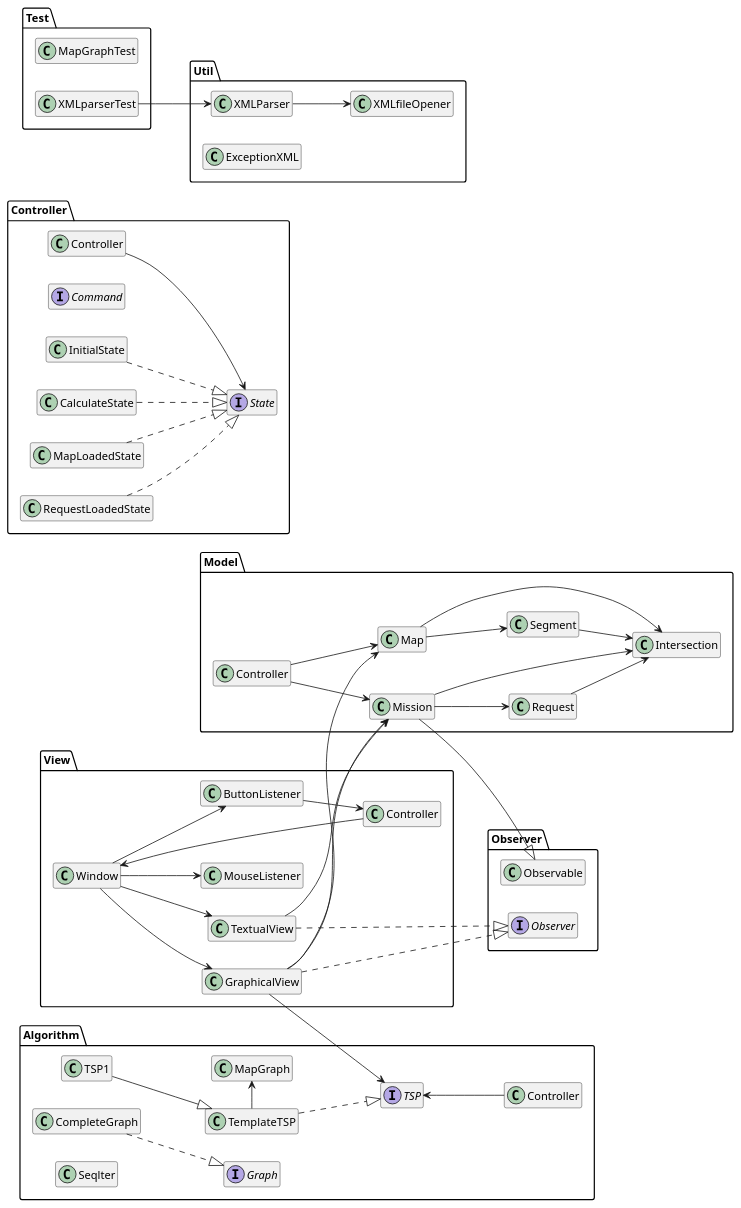
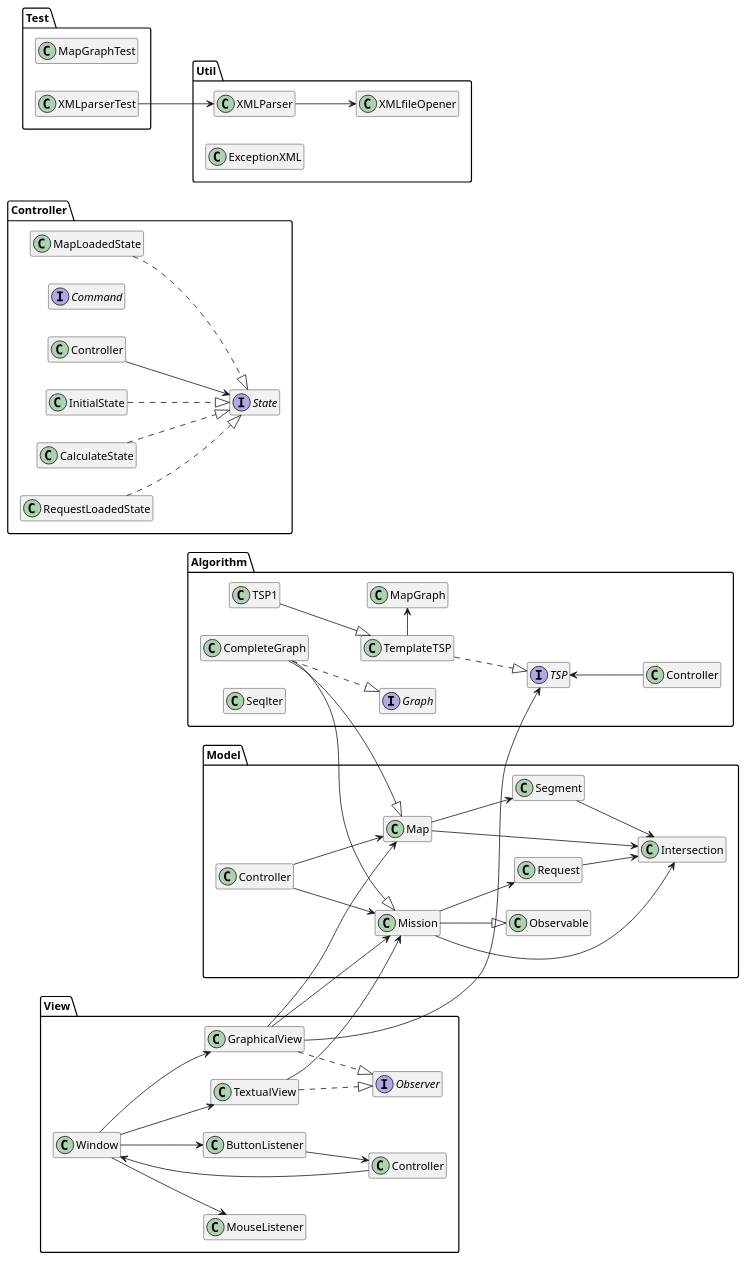
One commit to Karlenkko/Agile-OnErrand changed the diagram in src/documentation/PackageDiagram.puml. Above: the diagram before and after it, drawn with PlantUML.

```diff
--- a/src/documentation/PackageDiagram.puml
+++ b/src/documentation/PackageDiagram.puml
@@ -1,104 +1,107 @@
 @startuml
 
 hide members
 left to right direction
 Package Controller{
     class Controller
 
     interface Command
     class InitialState
     class CalculateState
     class MapLoadedState
     class RequestLoadedState
 
     interface State
     Controller --> State
     InitialState ..|> State
     CalculateState ..|> State
     MapLoadedState ..|> State
     RequestLoadedState ..|> State
 }
 Package Util{
     class XMLParser
     class XMLfileOpener
     class ExceptionXML
 
     XMLParser --> XMLfileOpener
 
 }
 Package Algorithm{
     interface TSP
     class TSP1
     class TemplateTSP
     interface Graph
     class CompleteGraph
     class MapGraph
     class Seqlter
 
+
+
     TemplateTSP -> MapGraph
     Controller -up-> TSP
     TSP1 --|> TemplateTSP
     TemplateTSP ..|> TSP
     CompleteGraph..|> Graph
 
 }
 Package Model{
     class Intersection
     class Map
     class Mission
     class Request
     class Segment
+    class Observable
+
+    CompleteGraph --|> Mission
+    CompleteGraph --|> Map
+    Mission --|> Observable
 
     Map --> Intersection
     Map --> Segment
     Controller --> Map
 
     Controller --> Mission
     Mission --> Intersection
     Mission --> Request
 
     Request --> Intersection
     Segment --> Intersection
 
 }
 Package Test{
     class MapGraphTest
     class XMLparserTest
 
     XMLparserTest --> XMLParser
 }
 Package View{
     class Window
     class TextualView
     class GraphicalView
     class ButtonListener
     class MouseListener
+    interface Observer
+
+    TextualView ..|> Observer
+    GraphicalView ..|> Observer
 
     Controller --> Window
     Window --> TextualView
     Window --> GraphicalView
     Window --> ButtonListener
     Window --> MouseListener
 
     TextualView --> Mission
 
     GraphicalView --> Map
     GraphicalView --> Mission
     GraphicalView --> TSP
 
     ButtonListener --> Controller
 
 }
-Package Observer{
-    interface Observer
-    class Observable
 
-    TextualView ..|> Observer
-    GraphicalView ..|> Observer
-
-    Mission --|> Observable
-}
 
 
 
 @enduml
```
